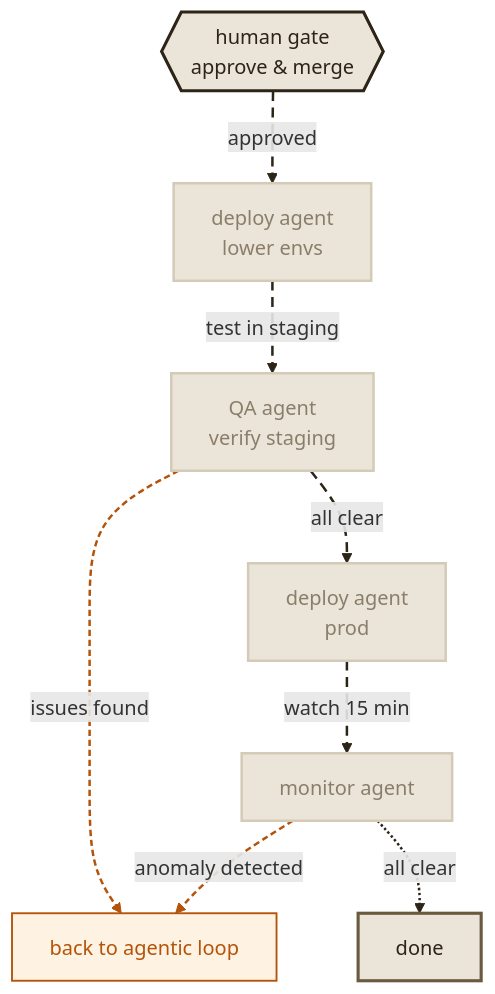
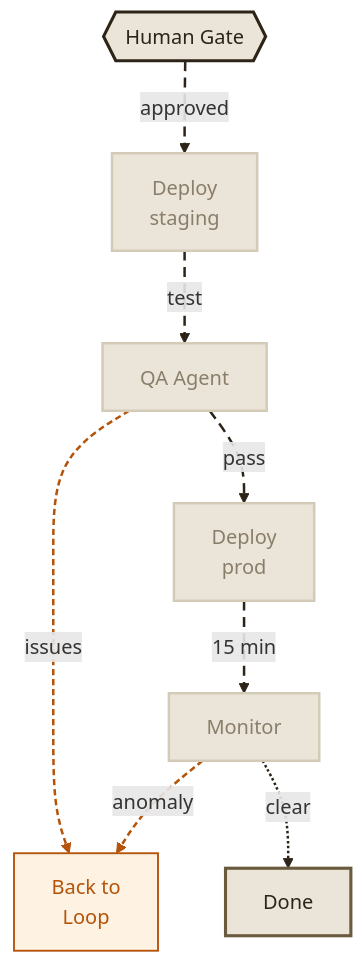
Before and after one commit to dunkinfrunkin/maestro: the fifth of 5 diagrams in docs/docs/concepts/index.mdx, drawn with Mermaid. The commit also changed other lines of this file and 5 other files, not shown here.

First line of the commit message:
docs: fix diagram text cutoff + add click-to-zoom modal

````diff
--- a/docs/docs/concepts/index.mdx
+++ b/docs/docs/concepts/index.mdx
@@ -137,26 +137,26 @@
 ```mermaid
 graph TB
-  HG{{"human gate<br/>approve & merge"}} -. "approved" .-> DA["deploy agent<br/>lower envs"]
-  DA -. "test in staging" .-> QA["QA agent<br/>verify staging"]
-  QA -. "issues found" .-> BACK["back to agentic loop"]
-  QA -. "all clear" .-> DA2["deploy agent<br/>prod"]
-  DA2 -. "watch 15 min" .-> MA["monitor agent"]
-  MA -. "anomaly detected" .-> BACK
-  MA -. "all clear" .-> DONE["done"]
+  HG{{"Human Gate"}} -. "approved" .-> DA["Deploy<br/>staging"]
+  DA -. "test" .-> QA["QA Agent"]
+  QA -. "issues" .-> BACK["Back to<br/>Loop"]
+  QA -. "pass" .-> DA2["Deploy<br/>prod"]
+  DA2 -. "15 min" .-> MA["Monitor"]
+  MA -. "anomaly" .-> BACK
+  MA -. "clear" .-> DONE["Done"]
 
   style HG fill:#ebe5d9,stroke:#2c2416,stroke-width:2.5px,color:#2c2416
   style DA fill:#ebe5d9,stroke:#d4cab8,stroke-width:2px,color:#8a7e6b
   style QA fill:#ebe5d9,stroke:#d4cab8,stroke-width:2px,color:#8a7e6b
   style DA2 fill:#ebe5d9,stroke:#d4cab8,stroke-width:2px,color:#8a7e6b
   style MA fill:#ebe5d9,stroke:#d4cab8,stroke-width:2px,color:#8a7e6b
   style BACK fill:#fef3e2,stroke:#b45309,stroke-width:1.5px,color:#b45309
   style DONE fill:#ebe5d9,stroke:#6b5b3e,stroke-width:2.5px,color:#2c2416
 
   linkStyle 0 stroke:#2c2416,stroke-width:2px,stroke-dasharray:8 5
   linkStyle 1 stroke:#2c2416,stroke-width:2px,stroke-dasharray:8 5
   linkStyle 2 stroke:#b45309,stroke-width:2px,stroke-dasharray:5 3
   linkStyle 3 stroke:#2c2416,stroke-width:2px,stroke-dasharray:8 5
   linkStyle 4 stroke:#2c2416,stroke-width:2px,stroke-dasharray:8 5
   linkStyle 5 stroke:#b45309,stroke-width:2px,stroke-dasharray:5 3
   linkStyle 6 stroke:#2c2416,stroke-width:2px
 ```
````
